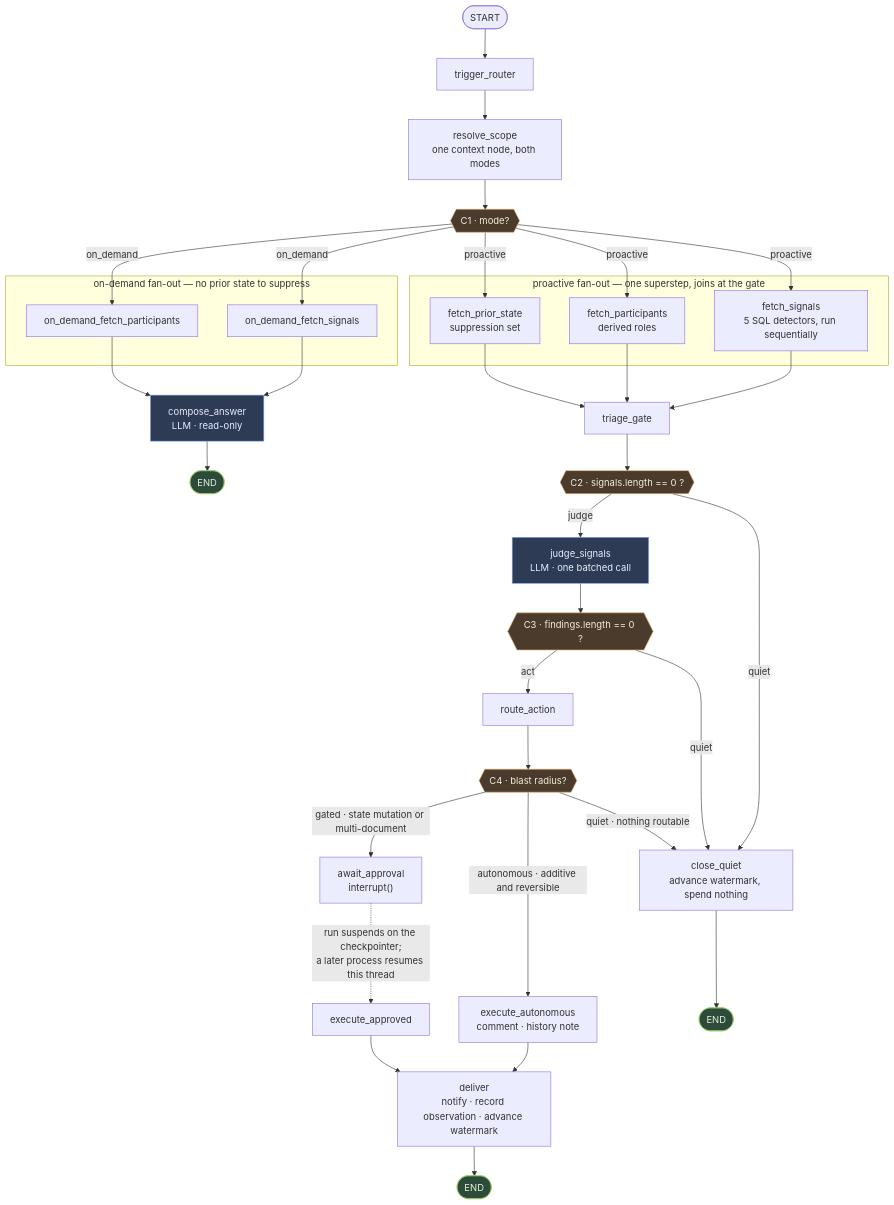
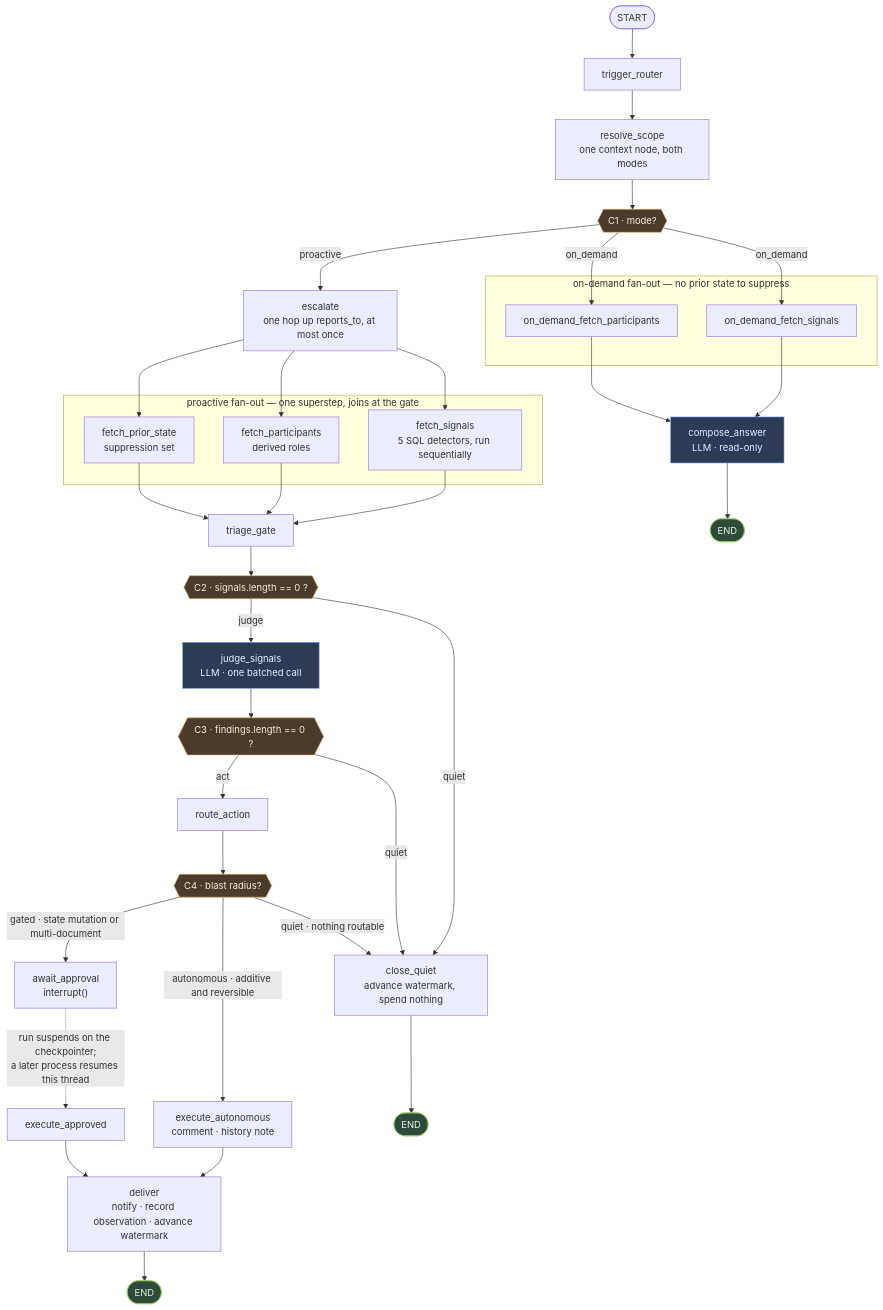
Before and after one commit to joshdrochon/ship: the diagram in FLEETGRAPH.md, drawn with Mermaid. The commit also changed other lines of this file and 15 other files, not shown here.

````diff
--- a/FLEETGRAPH.md
+++ b/FLEETGRAPH.md
@@ -273,59 +295,61 @@
 ```mermaid
 flowchart TD
     START([START]) --> TR[trigger_router]
     TR --> RS["resolve_scope<br/>one context node, both modes"]
 
     RS --> C1{{"C1 · mode?"}}
 
     subgraph FANP [" proactive fan-out — one superstep, joins at the gate "]
         FS["fetch_signals<br/>5 SQL detectors, run sequentially"]
         FP["fetch_participants<br/>derived roles"]
         FPS["fetch_prior_state<br/>suppression set"]
     end
 
     subgraph FANO [" on-demand fan-out — no prior state to suppress "]
         OFS["on_demand_fetch_signals"]
         OFP["on_demand_fetch_participants"]
     end
 
-    C1 -->|"proactive"| FS
-    C1 -->|"proactive"| FP
-    C1 -->|"proactive"| FPS
+    C1 -->|"proactive"| ESC["escalate<br/>one hop up reports_to, at most once"]
     C1 -->|"on_demand"| OFS
     C1 -->|"on_demand"| OFP
+
+    ESC --> FS
+    ESC --> FP
+    ESC --> FPS
 
     FS --> TG[triage_gate]
     FP --> TG
     FPS --> TG
 
     OFS --> CA["compose_answer<br/>LLM · read-only"]
     OFP --> CA
     CA --> ENDA([END])
 
     TG --> C2{{"C2 · signals.length == 0 ?"}}
     C2 -->|"quiet"| CQ["close_quiet<br/>advance watermark, spend nothing"]
     C2 -->|"judge"| JS["judge_signals<br/>LLM · one batched call"]
 
     JS --> C3{{"C3 · findings.length == 0 ?"}}
     C3 -->|"quiet"| CQ
     C3 -->|"act"| RA[route_action]
 
     RA --> C4{{"C4 · blast radius?"}}
     C4 -->|"autonomous · additive and reversible"| EA["execute_autonomous<br/>comment · history note"]
     C4 -->|"gated · state mutation or multi-document"| AA["await_approval<br/>interrupt()"]
     C4 -->|"quiet · nothing routable"| CQ
 
     AA -.->|"run suspends on the checkpointer;<br/>a later process resumes this thread"| EAP[execute_approved]
 
     EA --> DEL["deliver<br/>notify · record observation · advance watermark"]
     EAP --> DEL
     DEL --> ENDD([END])
     CQ --> ENDQ([END])
 
     classDef llm fill:#2d3b55,stroke:#7aa2f7,color:#e8eefc
     classDef gate fill:#4a3b2d,stroke:#e0af68,color:#f6ecd9
     classDef term fill:#2d4a3b,stroke:#9ece6a,color:#e4f2dc
     class JS,CA llm
     class C1,C2,C3,C4 gate
     class ENDA,ENDD,ENDQ term
 ```
````
